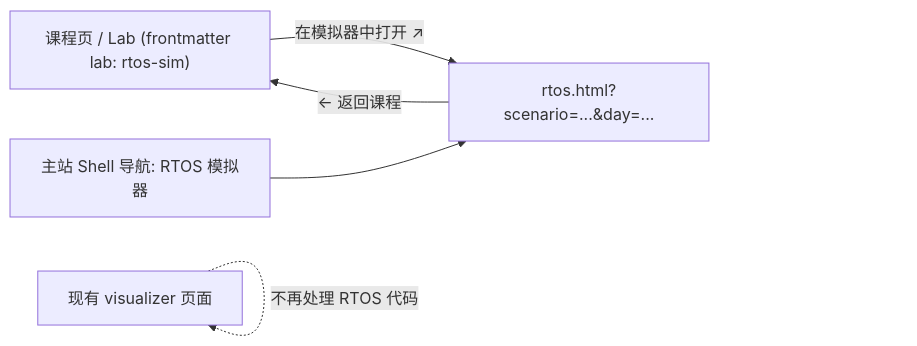
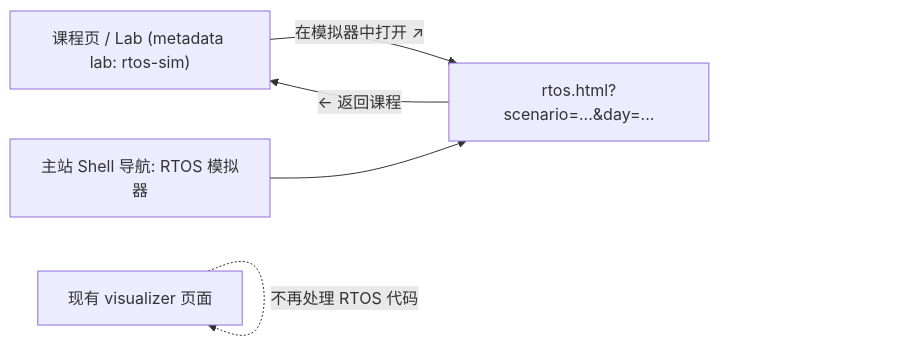
Before and after one commit to luckyJimLu/professional-cpp-learning: the second of 4 diagrams in docs/rtos-simulator/DESIGN.md, drawn with Mermaid. The commit also changed other lines of this file and 4 other files, not shown here.

````diff
--- a/docs/rtos-simulator/DESIGN.md
+++ b/docs/rtos-simulator/DESIGN.md
@@ -51,7 +51,7 @@
 ```mermaid
 flowchart LR
-    LESSON["课程页 / Lab (frontmatter lab: rtos-sim)"] -->|"在模拟器中打开 ↗"| PAGE["rtos.html?scenario=...&day=..."]
+    LESSON["课程页 / Lab (metadata lab: rtos-sim)"] -->|"在模拟器中打开 ↗"| PAGE["rtos.html?scenario=...&day=..."]
     NAV["主站 Shell 导航: RTOS 模拟器"] --> PAGE
     VIS["现有 visualizer 页面"] -.不再处理 RTOS 代码.-> VIS
     PAGE -->|"← 返回课程"| LESSON
 ```
````
